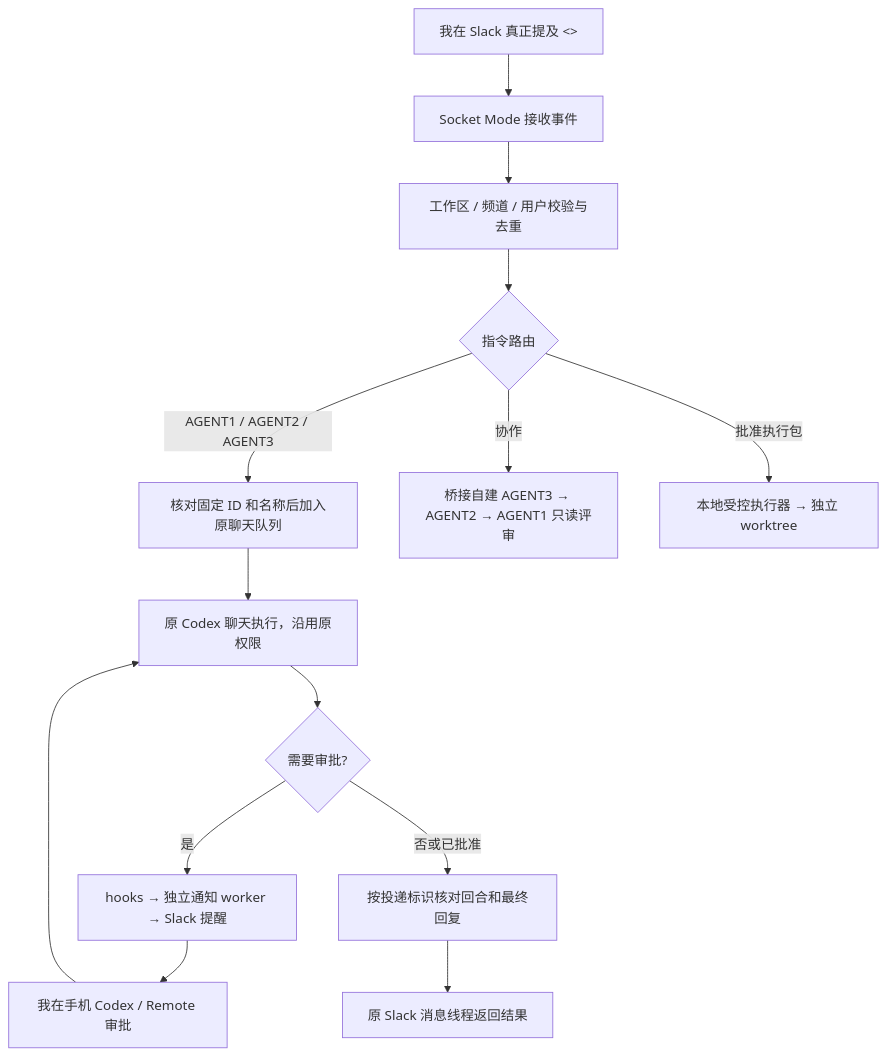
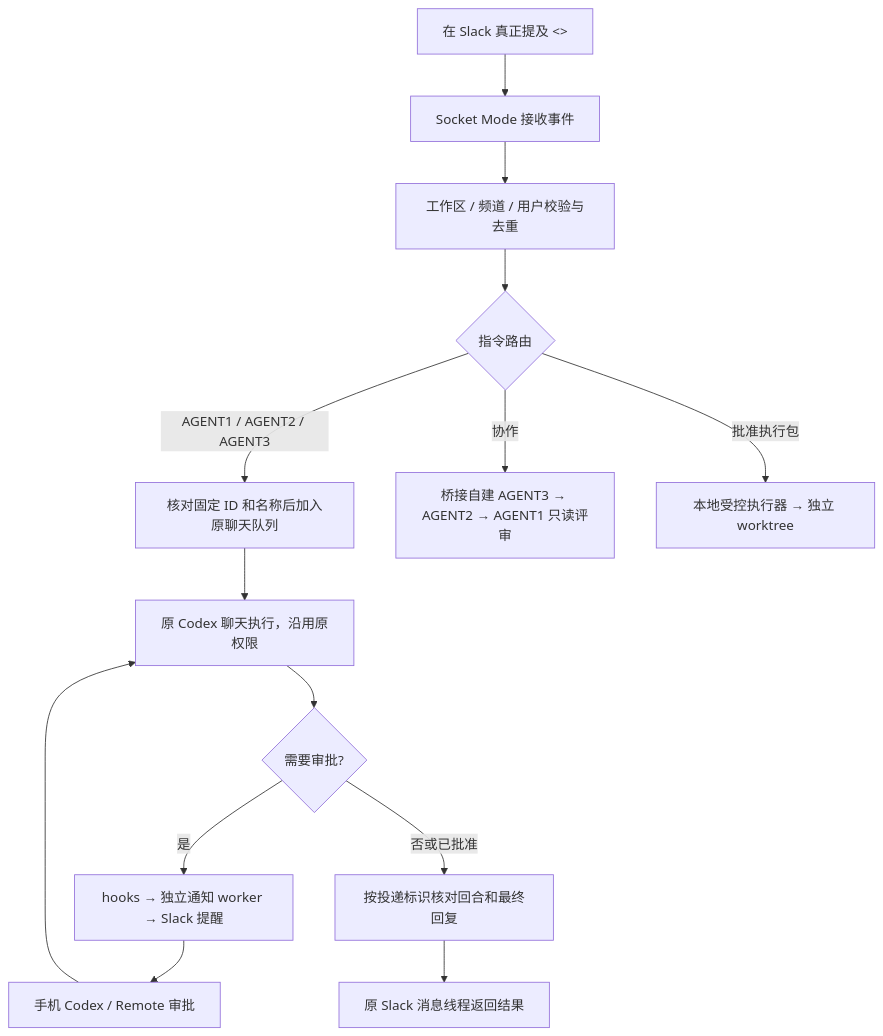
One commit to santonear/Codex_Slack_Bridge_Win changed the diagram in docs/zh/01-process.md. Above: the diagram before and after it, drawn with Mermaid. The commit also changed other lines of this file and 1 other file, not shown here.

````diff
--- a/docs/zh/01-process.md
+++ b/docs/zh/01-process.md
@@ -11,16 +11,16 @@
 ```mermaid
 flowchart TD
-    U["我在 Slack 真正提及 <<Slack机器人>>"] --> S[Socket Mode 接收事件]
+    U["在 Slack 真正提及 <<Slack机器人>>"] --> S[Socket Mode 接收事件]
     S --> V[工作区 / 频道 / 用户校验与去重]
     V --> R{指令路由}
     R -->|AGENT1 / AGENT2 / AGENT3| Q[核对固定 ID 和名称后加入原聊天队列]
     Q --> C[原 Codex 聊天执行，沿用原权限]
     C --> A{需要审批?}
     A -->|是| H[hooks → 独立通知 worker → Slack 提醒]
-    H --> M[我在手机 Codex / Remote 审批]
+    H --> M[手机 Codex / Remote 审批]
     M --> C
     A -->|否或已批准| F[按投递标识核对回合和最终回复]
     F --> B[原 Slack 消息线程返回结果]
     R -->|协作| L[桥接自建 AGENT3 → AGENT2 → AGENT1 只读评审]
     R -->|批准执行包| E[本地受控执行器 → 独立 worktree]
 ```
````
